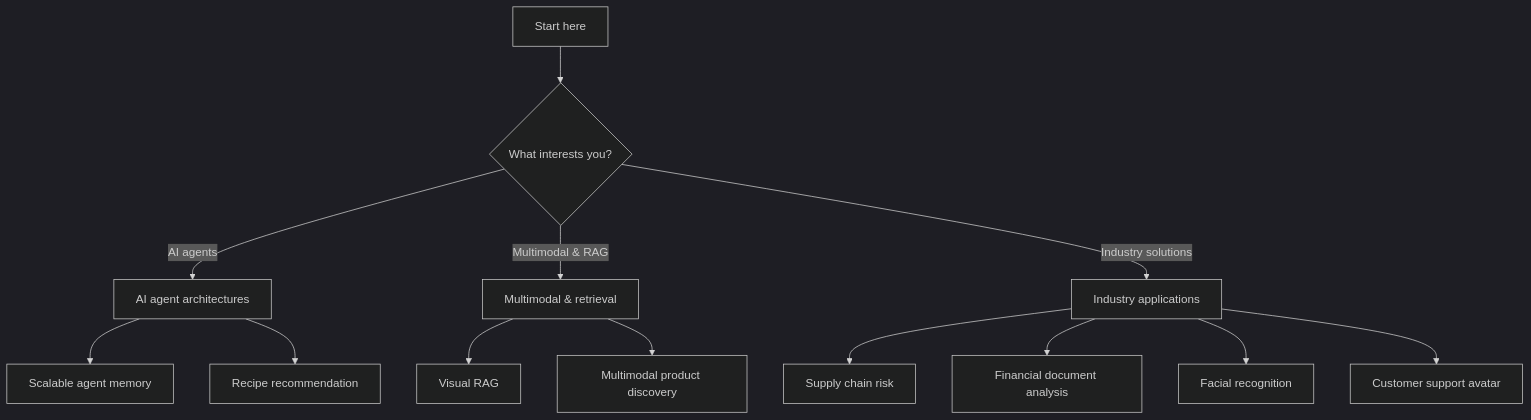
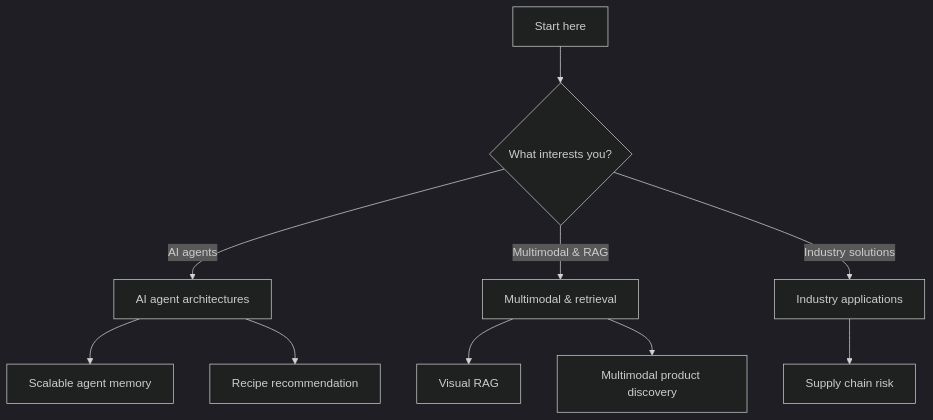
Before and after one commit to ActianCorp/vectorai-db-docs: the diagram in academy/articles/index.mdx, drawn with Mermaid (dark theme). The commit also changed other lines of this file and 41 other files, not shown here.

````diff
--- a/academy/articles/index.mdx
+++ b/academy/articles/index.mdx
@@ -12,19 +12,16 @@
 ```mermaid
 flowchart TD
     Start[Start here] --> Q{What interests you?}
 
     Q --> |AI agents| Agents[AI agent architectures]
     Q --> |Multimodal & RAG| Multi[Multimodal & retrieval]
     Q --> |Industry solutions| Industry[Industry applications]
 
     Agents --> Memory[Scalable agent memory]
     Agents --> Recipe[Recipe recommendation]
 
     Multi --> Visual[Visual RAG]
     Multi --> Product[Multimodal product discovery]
 
     Industry --> Supply[Supply chain risk]
-    Industry --> Finance[Financial document analysis]
-    Industry --> Face[Facial recognition]
-    Industry --> Avatar[Customer support avatar]
 ```
````
